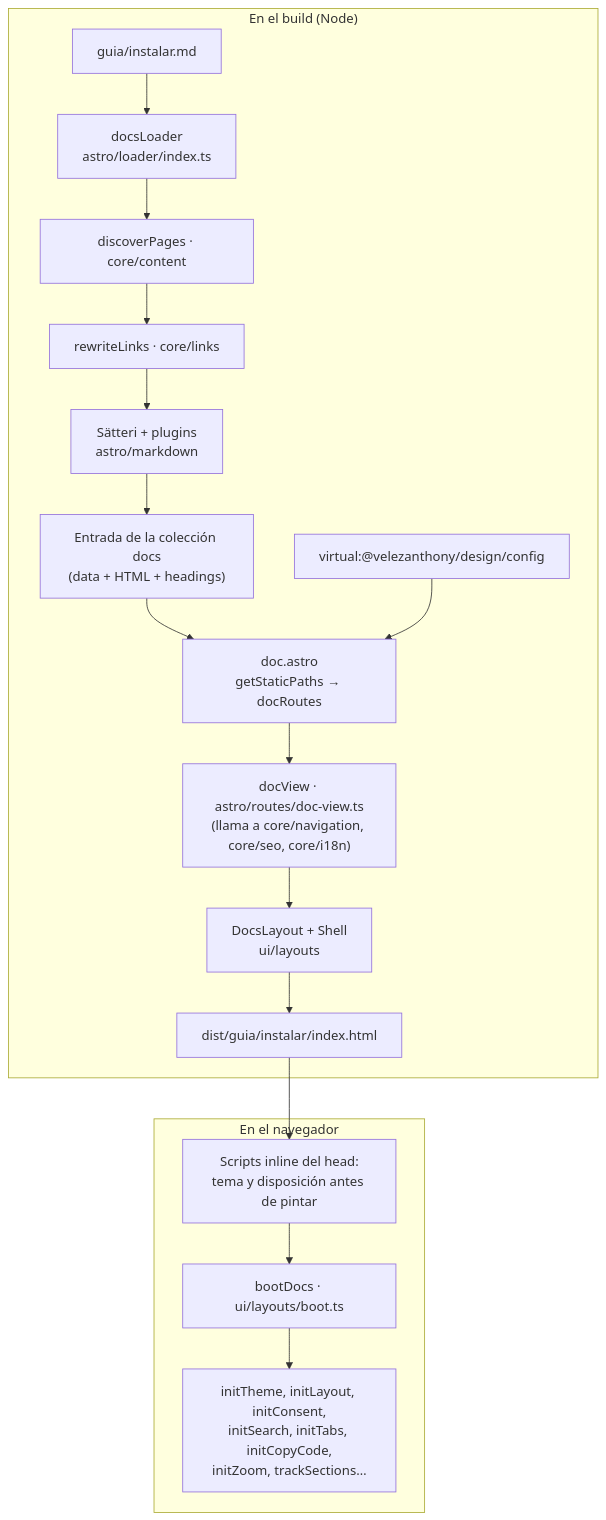
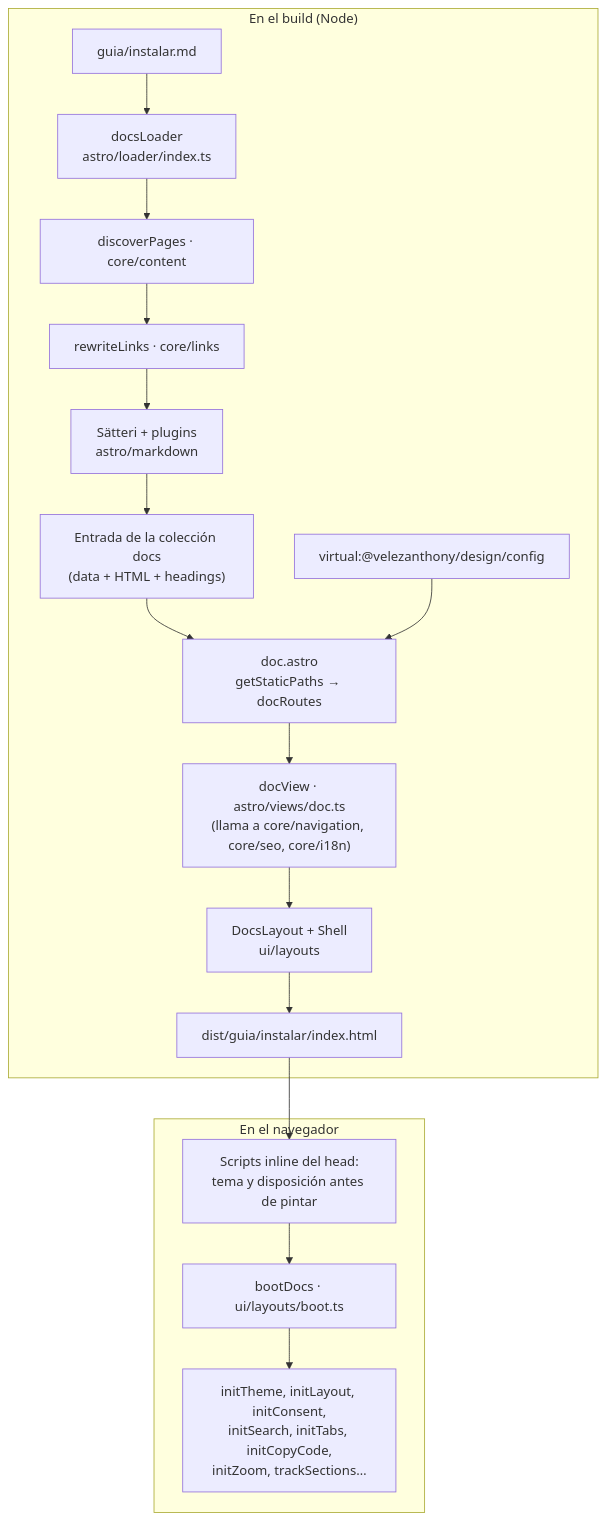
The first of 2 diagrams in docs/src/content/docs/arquitectura/una-pagina.md (velezanthony/design), drawn with Mermaid before and after one commit. The commit also changed other lines of this file and 8 other files, not shown here.

First line of the commit message:
docs(architecture): describe the pages, views and data folders of src/astro

````diff
--- a/docs/src/content/docs/arquitectura/una-pagina.md
+++ b/docs/src/content/docs/arquitectura/una-pagina.md
@@ -13,20 +13,20 @@
 ```mermaid
 flowchart TD
   subgraph build["En el build (Node)"]
     f["guia/instalar.md"] --> ld["docsLoader<br/>astro/loader/index.ts"]
     ld --> disc["discoverPages · core/content"]
     disc --> rw["rewriteLinks · core/links"]
     rw --> md["Sätteri + plugins<br/>astro/markdown"]
     md --> store["Entrada de la colección docs<br/>(data + HTML + headings)"]
     store --> doc["doc.astro<br/>getStaticPaths → docRoutes"]
     vm["virtual:@velezanthony/design/config"] --> doc
-    doc --> view["docView · astro/routes/doc-view.ts<br/>(llama a core/navigation, core/seo, core/i18n)"]
+    doc --> view["docView · astro/views/doc.ts<br/>(llama a core/navigation, core/seo, core/i18n)"]
     view --> lay["DocsLayout + Shell<br/>ui/layouts"]
     lay --> html["dist/guia/instalar/index.html"]
   end
   subgraph browser["En el navegador"]
     html --> pre["Scripts inline del head:<br/>tema y disposición antes de pintar"]
     pre --> boot["bootDocs · ui/layouts/boot.ts"]
     boot --> inits["initTheme, initLayout, initConsent,<br/>initSearch, initTabs, initCopyCode,<br/>initZoom, trackSections…"]
   end
 ```
````
